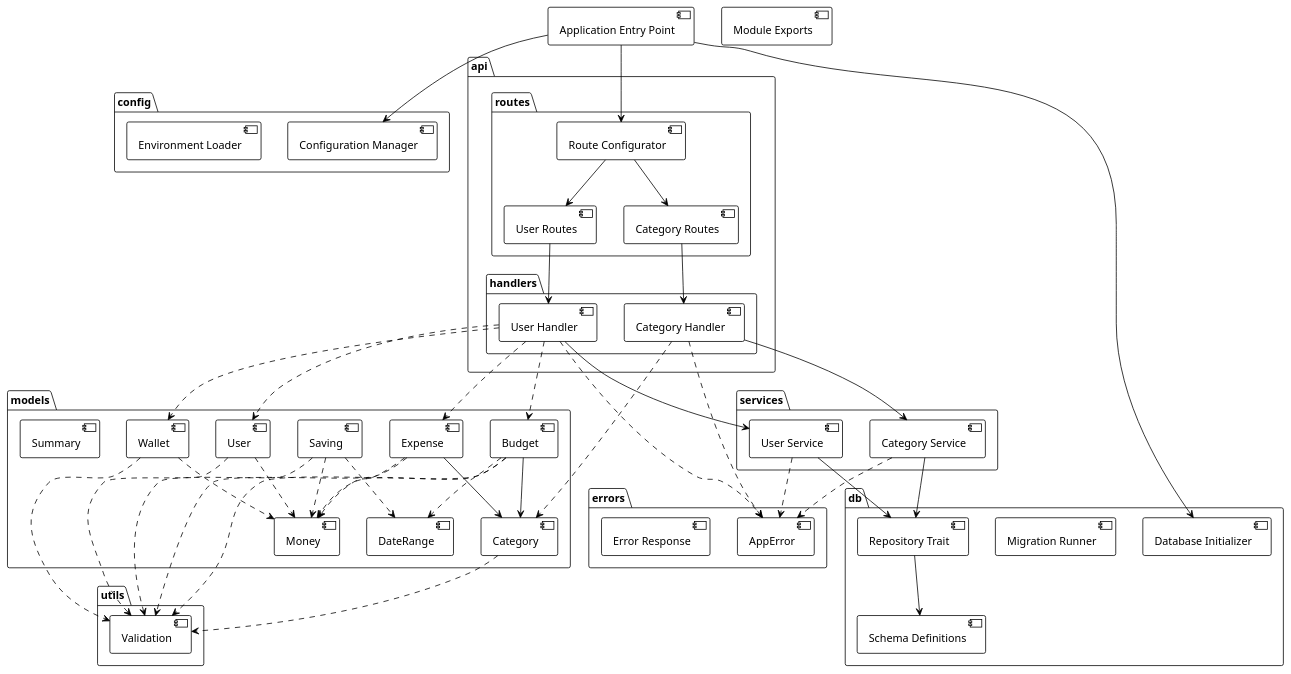
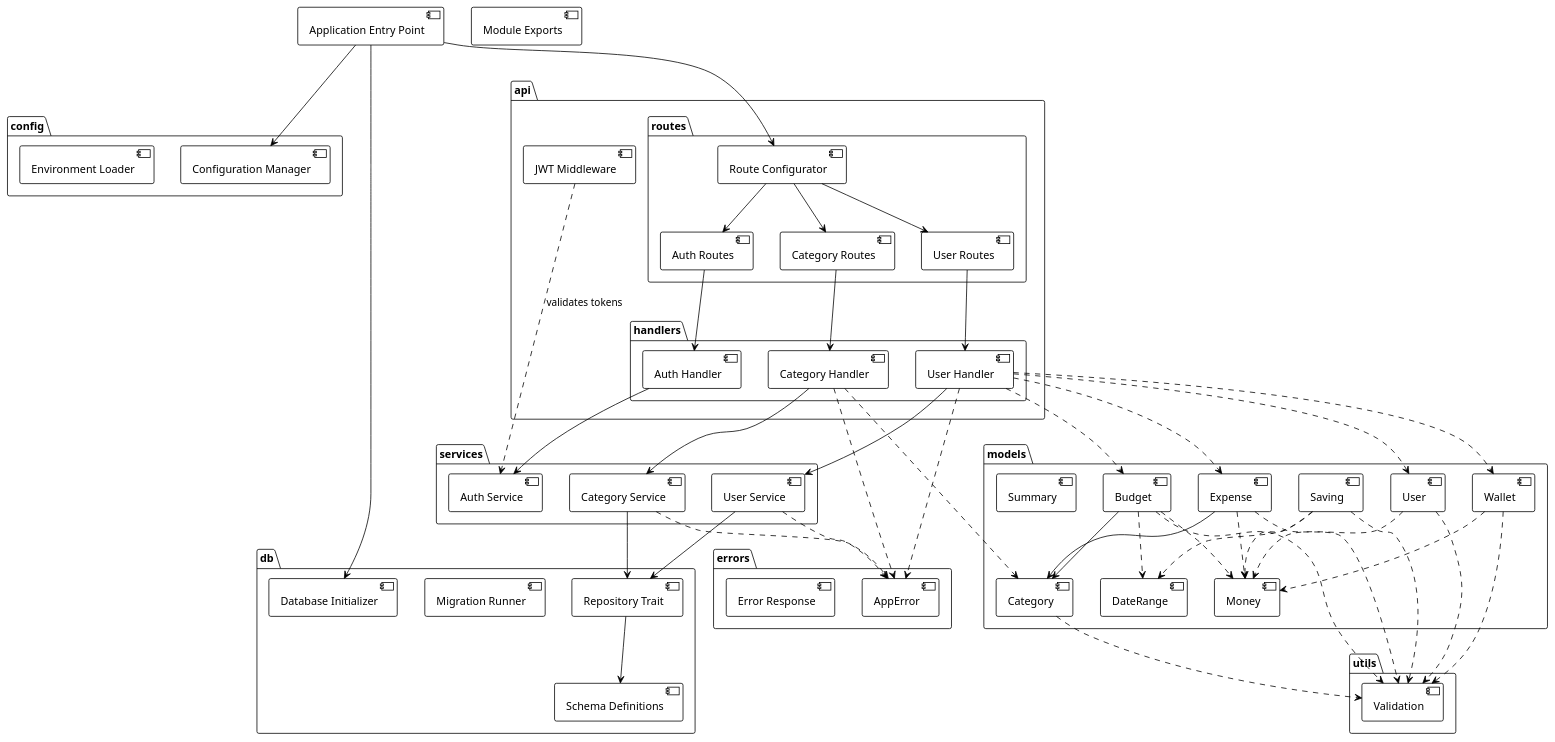
One commit to Borelli-7/finGest-rs changed the second of 15 diagrams in docs/money_manager_architecture.md. Above: the diagram before and after it, drawn with PlantUML. The commit also changed other lines of this file and 2 other files, not shown here.

First line of the commit message:
Add authentication service documentation and update architecture diagrams

```diff
--- a/docs/money_manager_architecture.md
+++ b/docs/money_manager_architecture.md
@@ -113,18 +118,23 @@
 
 package "api" {
     package "handlers" {
+        component [Auth Handler] as authHandler
         component [User Handler] as userHandler
         component [Category Handler] as catHandler
     }
     
     package "routes" {
+        component [Auth Routes] as authRoutes
         component [User Routes] as userRoutes
         component [Category Routes] as catRoutes
         component [Route Configurator] as routeConfig
     }
+    
+    component [JWT Middleware] as jwtMiddleware
 }
 
 package "services" {
+    component [Auth Service] as authService
     component [User Service] as userService
     component [Category Service] as catService
 }
@@ -161,14 +171,19 @@
 main --> dbInit
 main --> routeConfig
 
+routeConfig --> authRoutes
 routeConfig --> userRoutes
 routeConfig --> catRoutes
 
+authRoutes --> authHandler
 userRoutes --> userHandler
 catRoutes --> catHandler
 
+authHandler --> authService
 userHandler --> userService
 catHandler --> catService
+
+jwtMiddleware ..> authService : validates tokens
 
 userService --> repo
 catService --> repo
```
